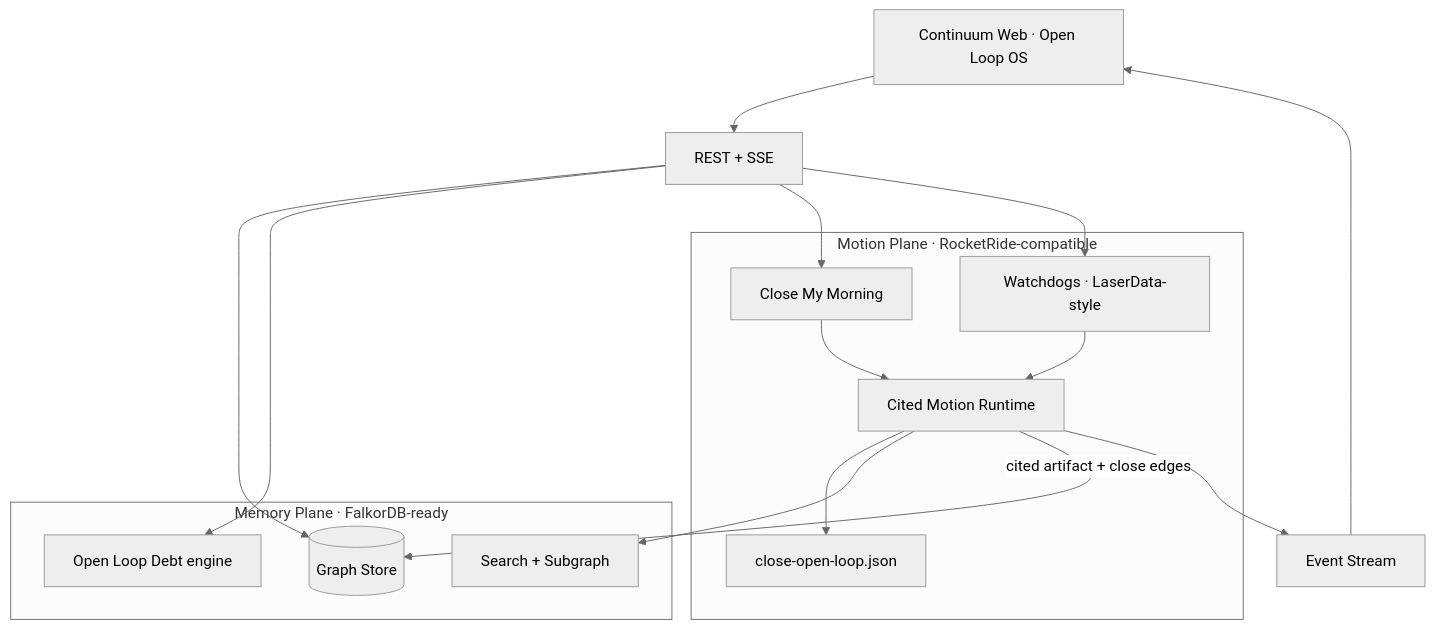
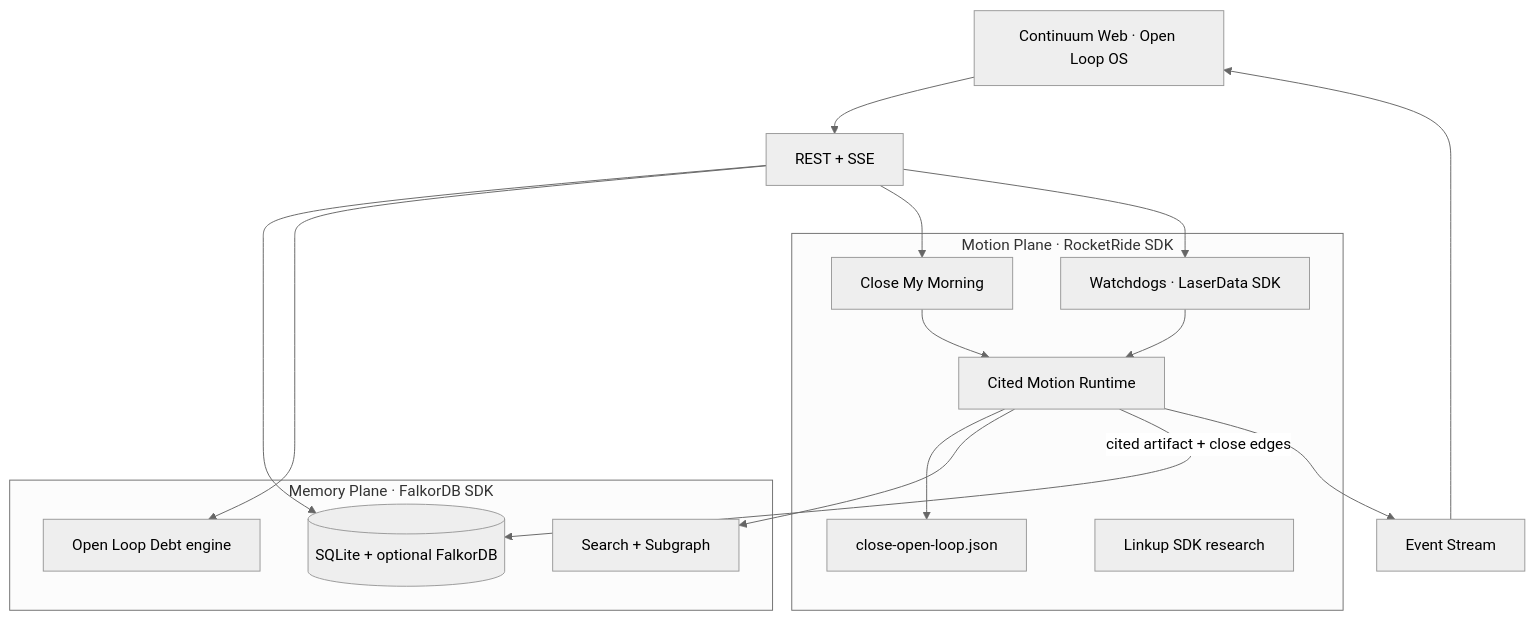
The first of 2 diagrams in docs/ARCHITECTURE.md (vnmoorthy/continuum-memory-meets-motion), drawn with Mermaid (neutral theme) before and after one commit. The commit also changed other lines of this file and 21 other files, not shown here.

First line of the commit message:
Wire all sponsor SDKs (RocketRide, FalkorDB, Linkup, LaserData, Guild, Snyk) (#2)

````diff
--- a/docs/ARCHITECTURE.md
+++ b/docs/ARCHITECTURE.md
@@ -14,31 +29,32 @@
 ```mermaid
 flowchart TB
   UI[Continuum Web · Open Loop OS]
   API[REST + SSE]
 
-  subgraph MemoryPlane[Memory Plane · FalkorDB-ready]
-    Store[(Graph Store)]
+  subgraph MemoryPlane[Memory Plane · FalkorDB SDK]
+    Store[(SQLite + optional FalkorDB)]
     Search[Search + Subgraph]
     Debt[Open Loop Debt engine]
   end
 
-  subgraph MotionPlane[Motion Plane · RocketRide-compatible]
+  subgraph MotionPlane[Motion Plane · RocketRide SDK]
     Morning[Close My Morning]
-    Watch[Watchdogs · LaserData-style]
+    Watch[Watchdogs · LaserData SDK]
     Runtime[Cited Motion Runtime]
     Pipe[close-open-loop.json]
+    Linkup[Linkup SDK research]
   end
 
   UI --> API
   API --> Store
   API --> Debt
   API --> Morning
   API --> Watch
   Morning --> Runtime
   Watch --> Runtime
   Runtime --> Pipe
   Runtime --> Search
   Runtime -->|cited artifact + close edges| Store
   Runtime --> SSE[Event Stream]
   SSE --> UI
 ```
````
